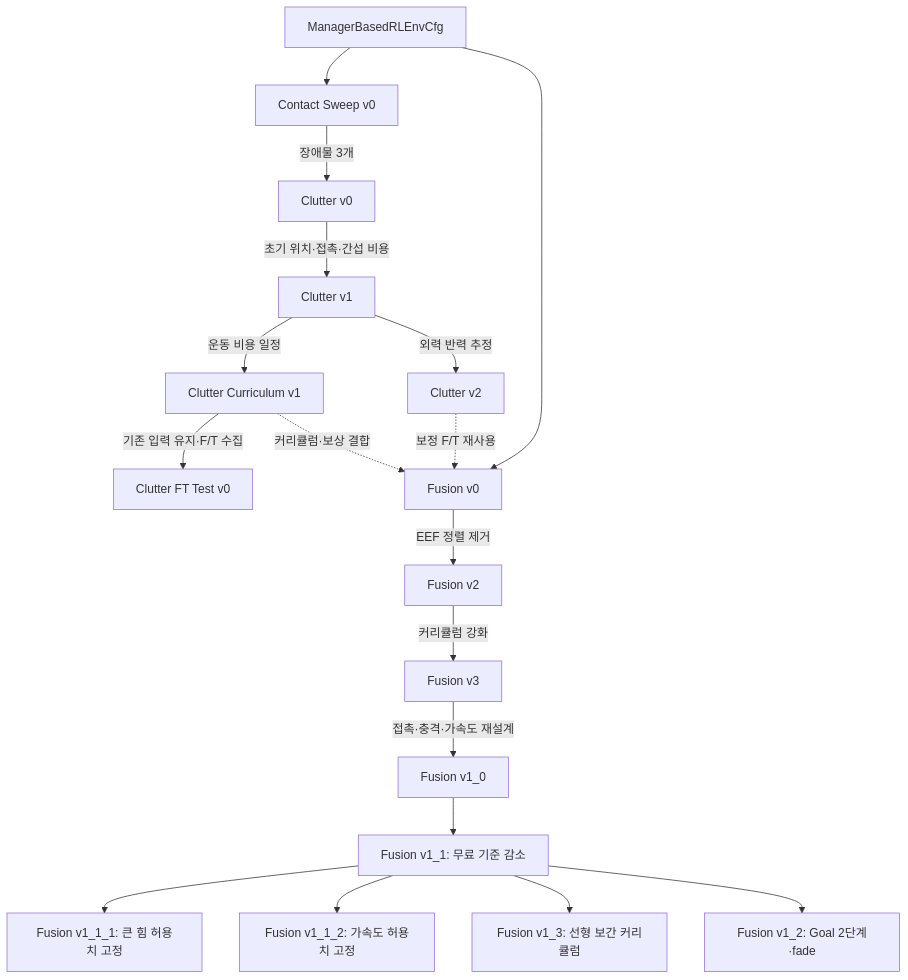
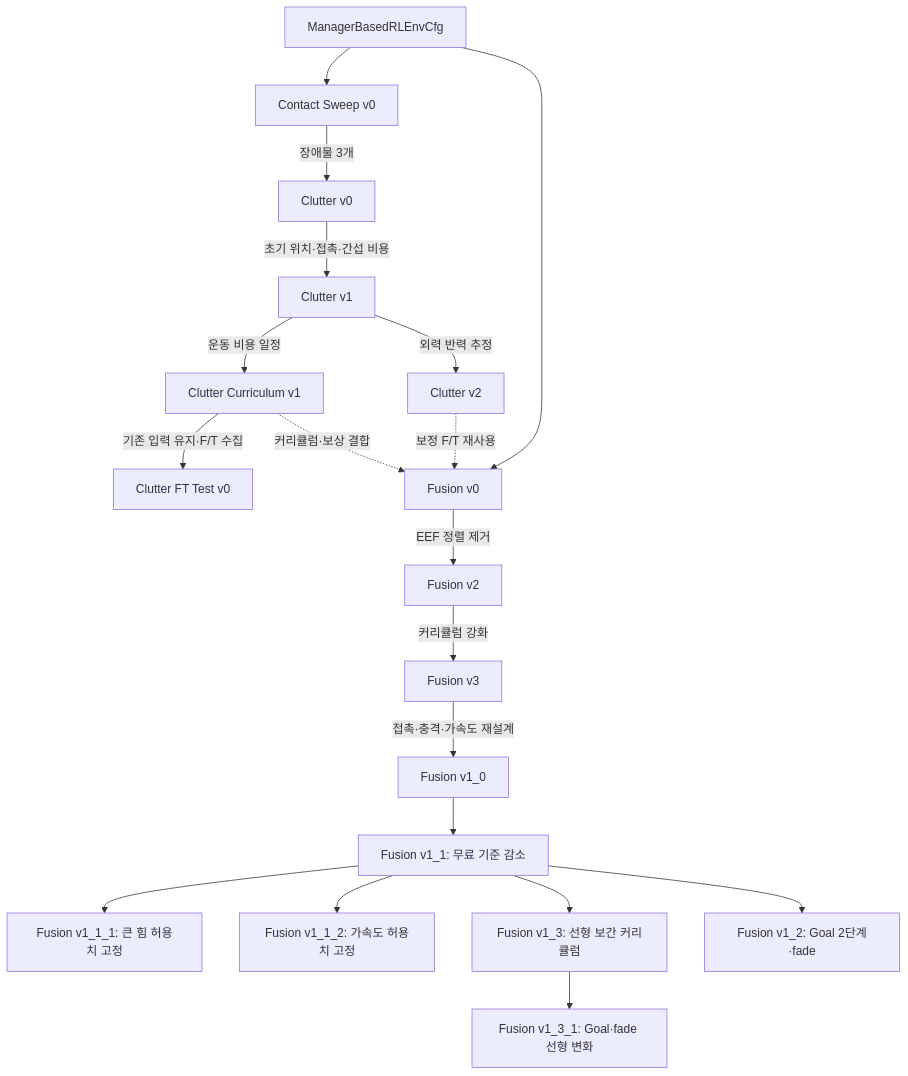
Before and after one commit to 7cmdehdrb/Contact-Rich-Manipulation-Context: the fourth of 4 diagrams in 02_implementation/environments/ENVIRONMENT_EVOLUTION.md, drawn with Mermaid. The commit also changed other lines of this file and 7 other files, not shown here.

Commit message:
feat: Add Fusion v1_3_1 environment with linear curriculum for Goal radius and contact fade width

````diff
--- a/02_implementation/environments/ENVIRONMENT_EVOLUTION.md
+++ b/02_implementation/environments/ENVIRONMENT_EVOLUTION.md
@@ -115,31 +115,32 @@
 ```mermaid
 flowchart TD
     M["ManagerBasedRLEnvCfg"]
     C["Contact Sweep v0"]
     C0["Clutter v0"]
     C1["Clutter v1"]
     CC["Clutter Curriculum v1"]
     C2["Clutter v2"]
     FT["Clutter FT Test v0"]
     F0["Fusion v0"]
     F2["Fusion v2"]
     F3["Fusion v3"]
     F10["Fusion v1_0"]
     F10 --> F11["Fusion v1_1: 무료 기준 감소"]
     F11 --> F111["Fusion v1_1_1: 큰 힘 허용치 고정"]
     F11 --> F112["Fusion v1_1_2: 가속도 허용치 고정"]
     F11 --> F13["Fusion v1_3: 선형 보간 커리큘럼"]
+    F13 --> F131["Fusion v1_3_1: Goal·fade 선형 변화"]
     F11 --> F12["Fusion v1_2: Goal 2단계·fade"]
     M --> C
     C -->|"장애물 3개"| C0
     C0 -->|"초기 위치·접촉·간섭 비용"| C1
     C1 -->|"운동 비용 일정"| CC
     C1 -->|"외력 반력 추정"| C2
     CC -->|"기존 입력 유지·F/T 수집"| FT
     M --> F0
     CC -. "커리큘럼·보상 결합" .-> F0
     C2 -. "보정 F/T 재사용" .-> F0
     F0 -->|"EEF 정렬 제거"| F2
     F2 -->|"커리큘럼 강화"| F3
     F3 -->|"접촉·충격·가속도 재설계"| F10
 ```
````
